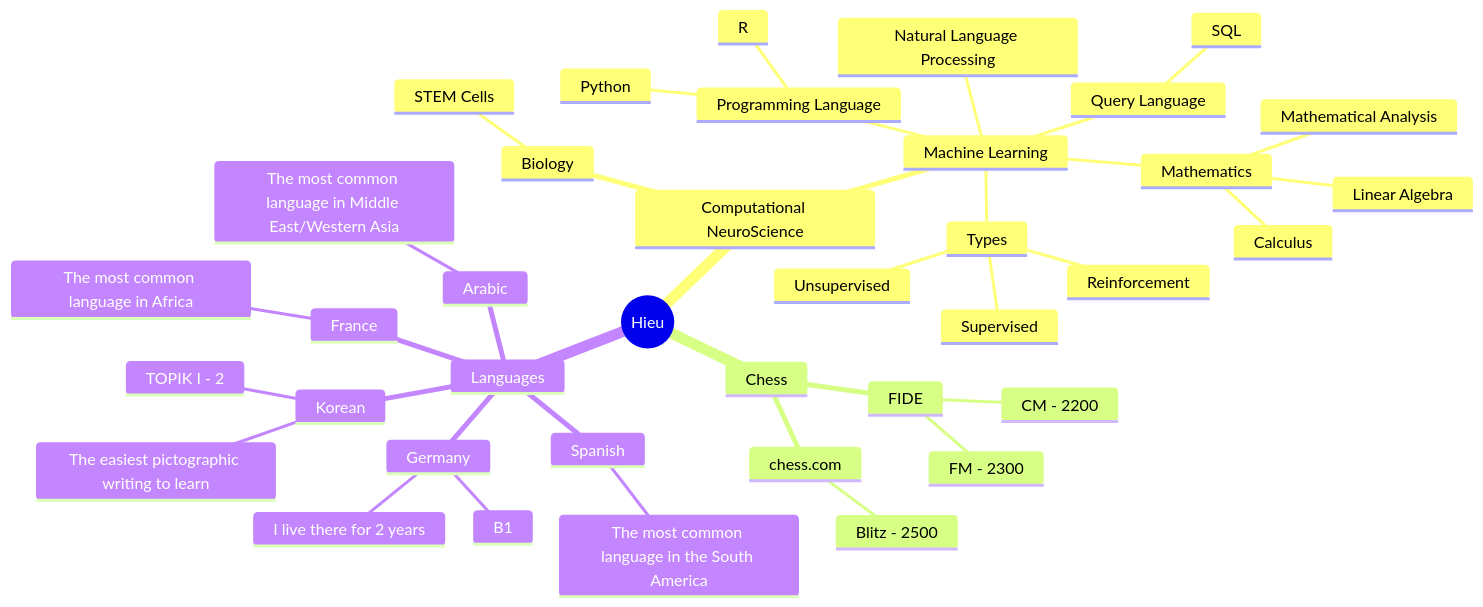
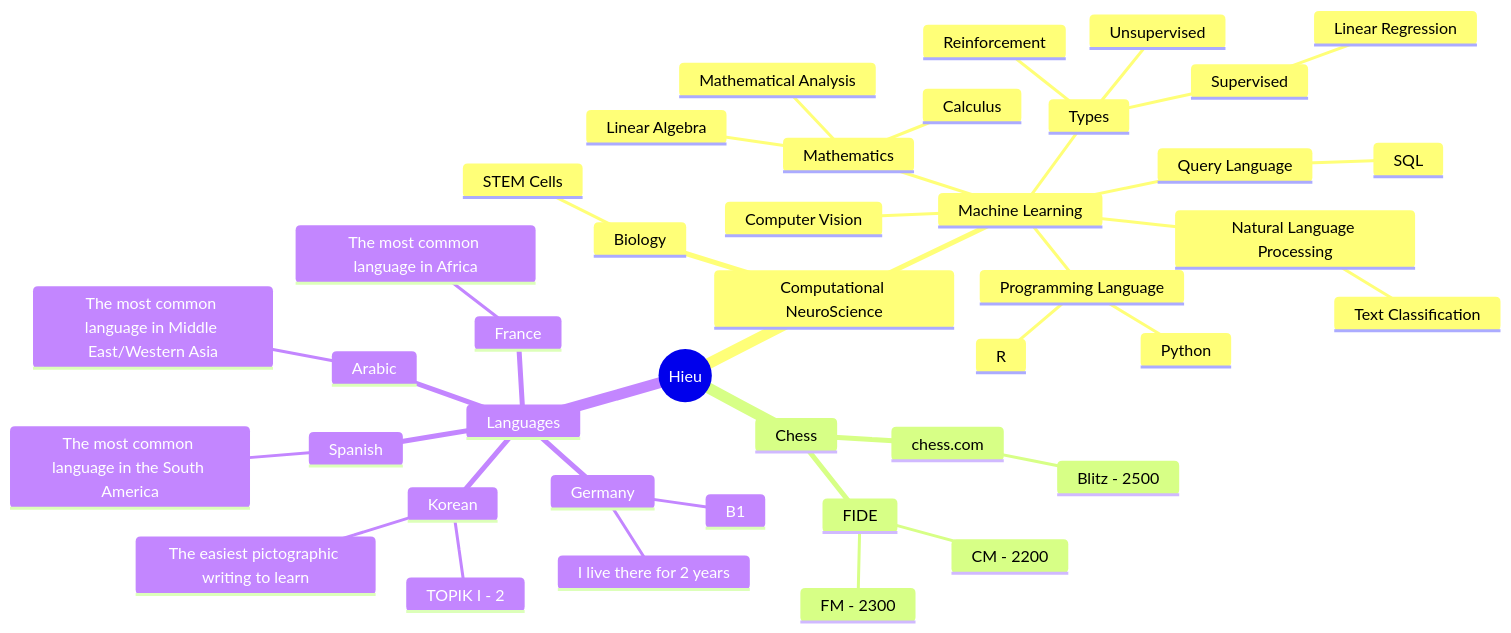
The diagram in markdown/personal/README.md (hieudoanm/hieudoanm.archived), drawn with Mermaid before and after one commit. The commit also changed 1 other file, not shown here.

````diff
--- a/markdown/personal/README.md
+++ b/markdown/personal/README.md
@@ -3,41 +3,44 @@
 ```mermaid
 mindmap
   root((Hieu))
     Computational NeuroScience
       Biology
         STEM Cells
       Machine Learning
         Programming Language
           Python
           R
         Query Language
           SQL
         Mathematics
           Linear Algebra
           Calculus
           Mathematical Analysis
         Types
           Supervised
+            Linear Regression
           Unsupervised
           Reinforcement
         Natural Language Processing
+          Text Classification
+        Computer Vision
     Chess
       chess.com
         Blitz - 2500
       FIDE
         CM - 2200
         FM - 2300
     Languages
       Germany
         B1
         I live there for 2 years
       Korean
         TOPIK I - 2
         The easiest pictographic writing to learn
       Spanish
         The most common language in the South America
       France
         The most common language in Africa
       Arabic
         The most common language in Middle East/Western Asia
 ```
````
